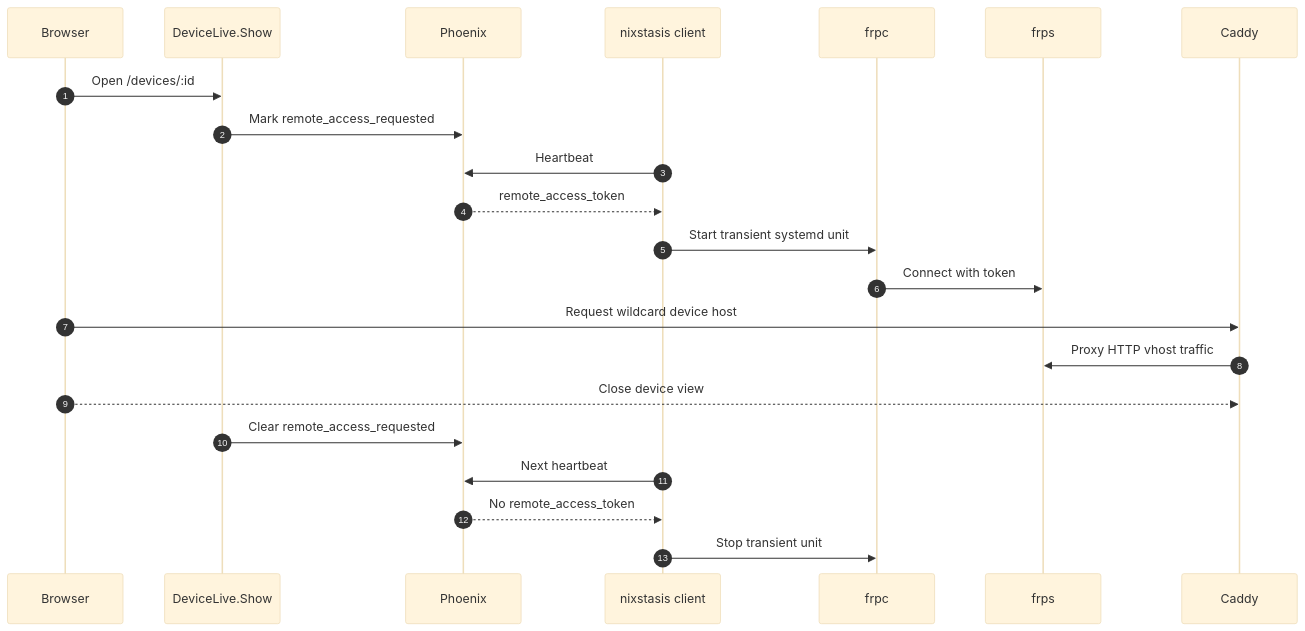
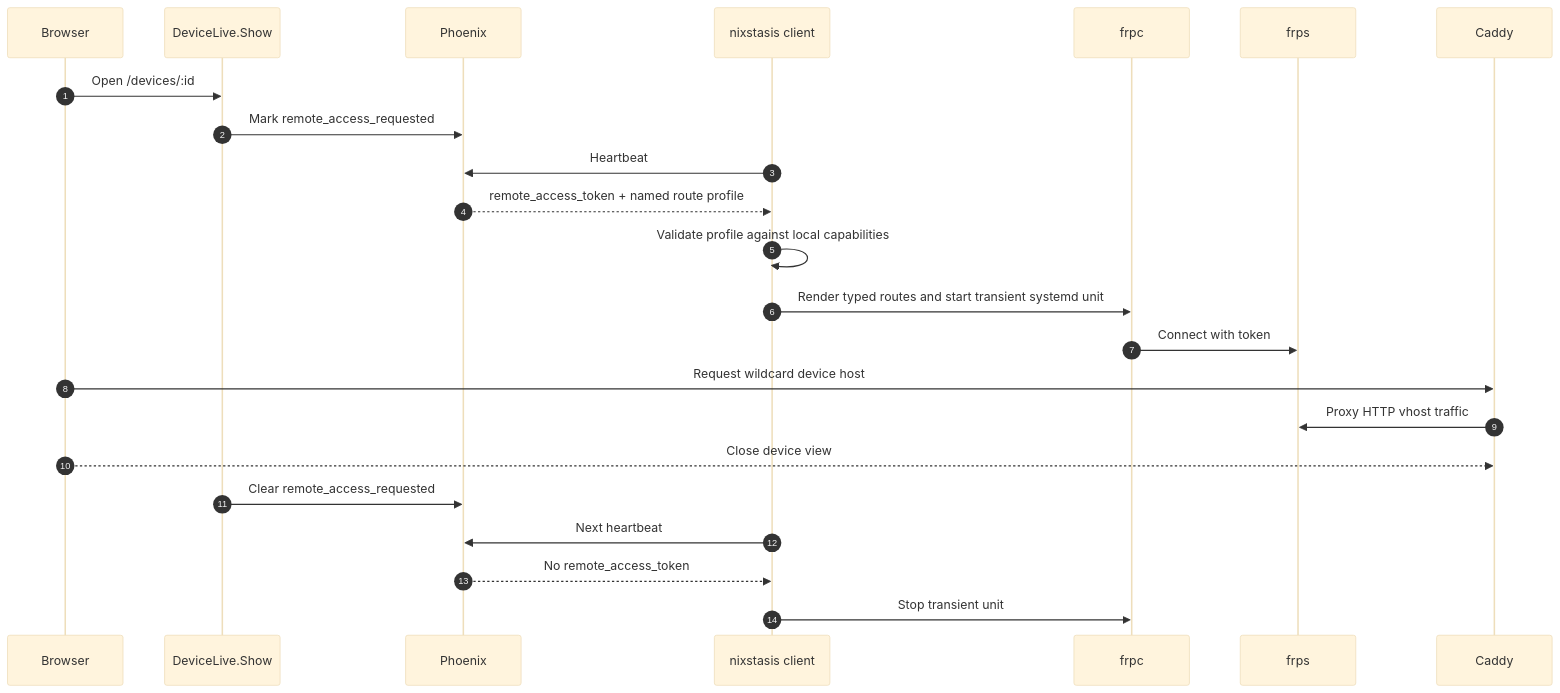
The third of 5 diagrams in docs/src/data-flow.md (RobertDeRose/Nixstasis), drawn with Mermaid (base theme) before and after one commit. The commit also changed other lines of this file and 32 other files, not shown here.

````diff
--- a/docs/src/data-flow.md
+++ b/docs/src/data-flow.md
@@ -147,25 +147,26 @@
 ```mermaid
 sequenceDiagram
     autonumber
     participant Browser
     participant LiveView as DeviceLive.Show
     participant Phoenix
     participant Client as nixstasis client
     participant FRPC as frpc
     participant FRPS as frps
     participant Caddy
 
     Browser->>LiveView: Open /devices/:id
     LiveView->>Phoenix: Mark remote_access_requested
     Client->>Phoenix: Heartbeat
-    Phoenix-->>Client: remote_access_token
-    Client->>FRPC: Start transient systemd unit
+    Phoenix-->>Client: remote_access_token + named route profile
+    Client->>Client: Validate profile against local capabilities
+    Client->>FRPC: Render typed routes and start transient systemd unit
     FRPC->>FRPS: Connect with token
     Browser->>Caddy: Request wildcard device host
     Caddy->>FRPS: Proxy HTTP vhost traffic
     Browser-->>Caddy: Close device view
     LiveView->>Phoenix: Clear remote_access_requested
     Client->>Phoenix: Next heartbeat
     Phoenix-->>Client: No remote_access_token
     Client->>FRPC: Stop transient unit
 ```
````
